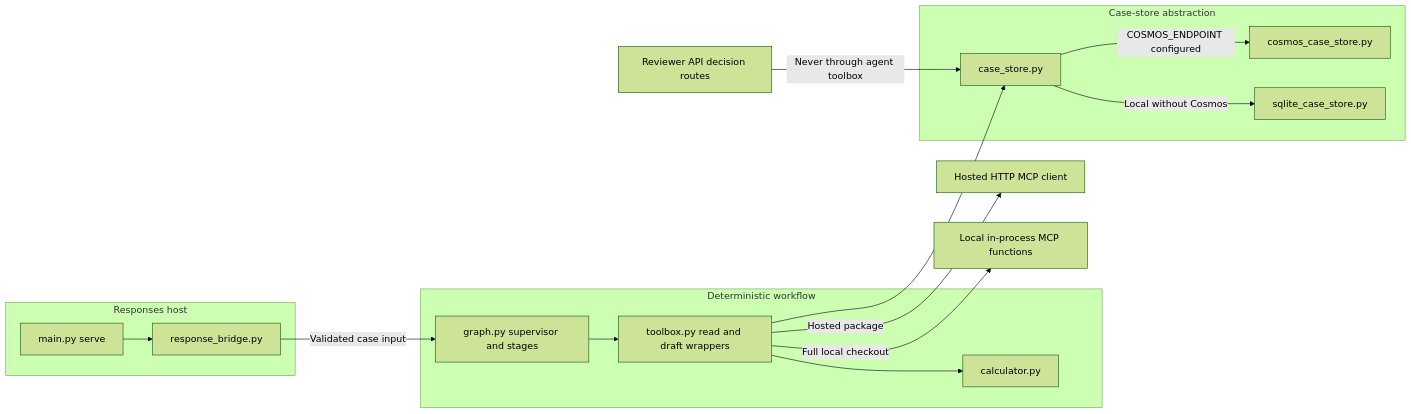
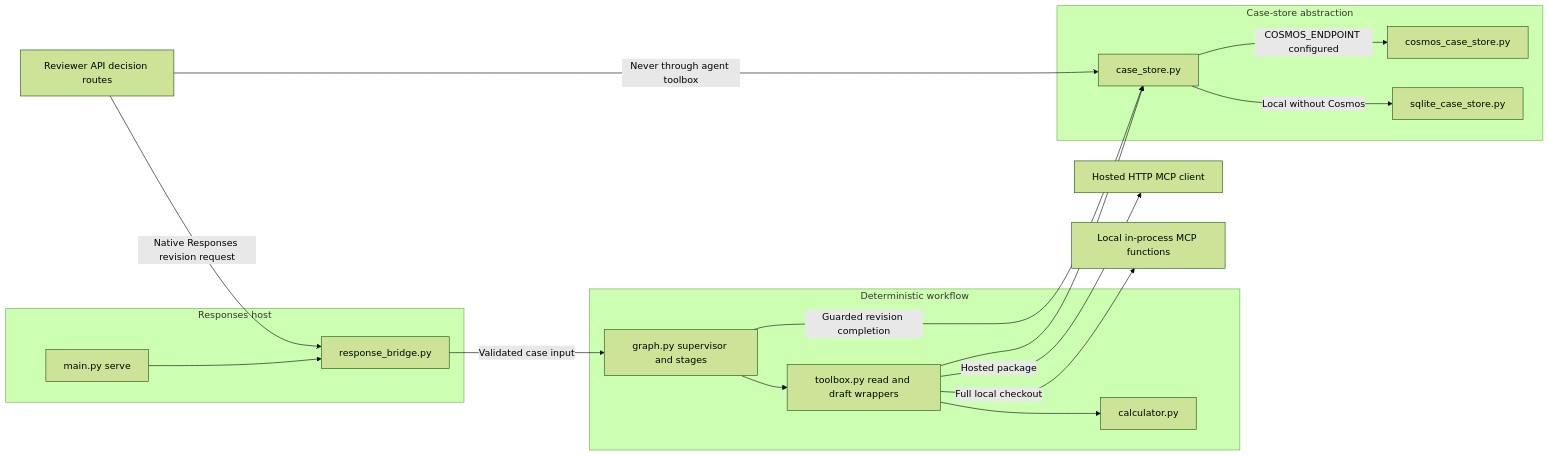
One commit to devopsabcs-engineering/foundry-hosted-agents-fsi changed the second of 7 diagrams in docs/architecture.md. Above: the diagram before and after it, drawn with Mermaid (forest theme). The commit also changed other lines of this file and 38 other files, not shown here.

````diff
--- a/docs/architecture.md
+++ b/docs/architecture.md
@@ -89,30 +95,32 @@
 ```mermaid
 flowchart LR
     subgraph CProtocol["Responses host"]
         CMain["main.py serve"]
         CBridge["response_bridge.py"]
     end
     subgraph CBusiness["Deterministic workflow"]
         CGraph["graph.py supervisor and stages"]
         CTools["toolbox.py read and draft wrappers"]
         CCalc["calculator.py"]
     end
     subgraph CStorage["Case-store abstraction"]
         CContract["case_store.py"]
         CCosmos["cosmos_case_store.py"]
         CSQLite["sqlite_case_store.py"]
     end
     CRemote["Hosted HTTP MCP client"]
     CLocal["Local in-process MCP functions"]
     CReviewer["Reviewer API decision routes"]
     CMain --> CBridge
     CBridge -->|"Validated case input"| CGraph
     CGraph --> CTools
     CTools --> CCalc
     CTools --> CContract
     CTools -->|"Hosted package"| CRemote
     CTools -->|"Full local checkout"| CLocal
     CReviewer -->|"Never through agent toolbox"| CContract
+    CReviewer -->|"Native Responses revision request"| CBridge
+    CGraph -->|"Guarded revision completion"| CContract
     CContract -->|"COSMOS_ENDPOINT configured"| CCosmos
     CContract -->|"Local without Cosmos"| CSQLite
 ```
````
